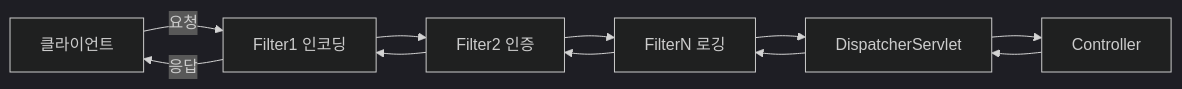
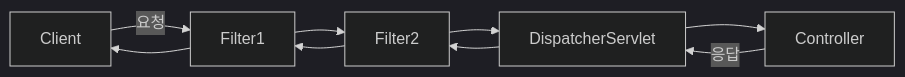
Before and after one commit to yjkim2015/yjkim2015.github.io: the first of 2 diagrams in _posts/spring/2021-10-29-filter.md, drawn with Mermaid (dark theme). The commit also changed 163 other files, not shown here.

First line of the commit message:
Mermaid 300개 블록 내용 축소: 5노드 5엣지 이하, 의미 있는 약어

````diff
--- a/_posts/spring/2021-10-29-filter.md
+++ b/_posts/spring/2021-10-29-filter.md
@@ -19,11 +19,8 @@
 ```mermaid
 graph LR
-    CLIENT[클라이언트]
-    F1[Filter1 인코딩]
-    F2[Filter2 인증]
-    F3[FilterN 로깅]
-    DS[DispatcherServlet]
-    CTRL[Controller]
-    CLIENT -->|요청| F1 --> F2 --> F3 --> DS --> CTRL
-    CTRL --> DS --> F3 --> F2 --> F1 -->|응답| CLIENT
+    CLIENT["Client"] -->|요청| F1["Filter1"]
+    F1 --> F2["Filter2"]
+    F2 --> DS["DispatcherServlet"]
+    DS --> CTRL["Controller"]
+    CTRL -->|응답| DS --> F2 --> F1 --> CLIENT
 ```
````
